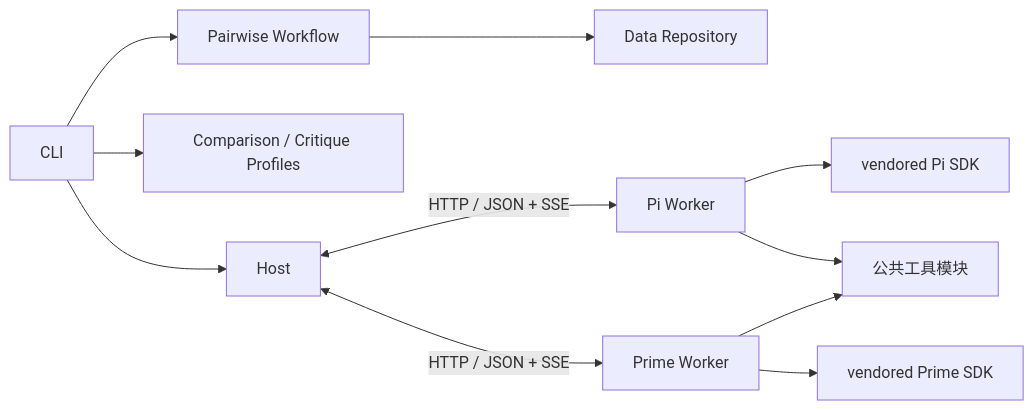
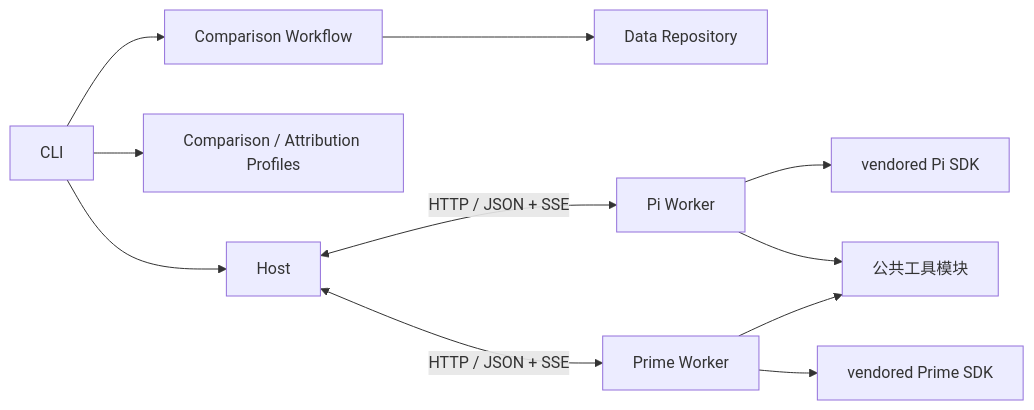
The diagram in docs/architecture.md (cmy-hhxx/agent_eval_harness), drawn with Mermaid before and after one commit. The commit also changed other lines of this file and 104 other files, not shown here.

First line of the commit message:
refactor(eval): replace pairwise/critique with group comparison and attribution

````diff
--- a/docs/architecture.md
+++ b/docs/architecture.md
@@ -7,13 +7,13 @@
 ```mermaid
 flowchart LR
   CLI --> Host
-  CLI --> Agents[Comparison / Critique Profiles]
-  CLI --> Workflow[Pairwise Workflow]
+  CLI --> Agents[Comparison / Attribution Profiles]
+  CLI --> Workflow[Comparison Workflow]
   Workflow --> Data[Data Repository]
   Host <-->|HTTP / JSON + SSE| Pi[Pi Worker]
   Host <-->|HTTP / JSON + SSE| Prime[Prime Worker]
   Pi --> PiSDK[vendored Pi SDK]
   Prime --> PrimeSDK[vendored Prime SDK]
   Pi --> Tools[公共工具模块]
   Prime --> Tools
 ```
````
